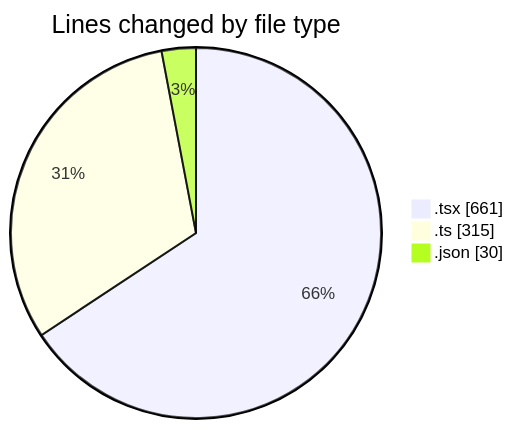
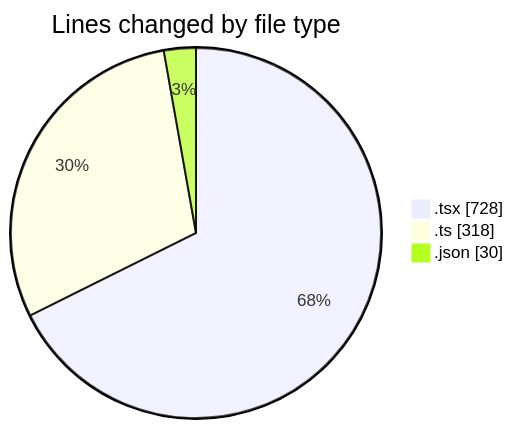
One commit to momahboobian/code-tracking changed the first of 2 diagrams in 2025-04-29/cda/README.md. Above: the diagram before and after it, drawn with Mermaid. The commit also changed other lines of this file and 1 other file, not shown here.

````diff
--- a/2025-04-29/cda/README.md
+++ b/2025-04-29/cda/README.md
@@ -28,7 +30,7 @@
 ```mermaid
 pie showData
 title Lines changed by file type
-".tsx" : 661
-".ts" : 315
+".tsx" : 728
+".ts" : 318
 ".json" : 30
 ```
````
